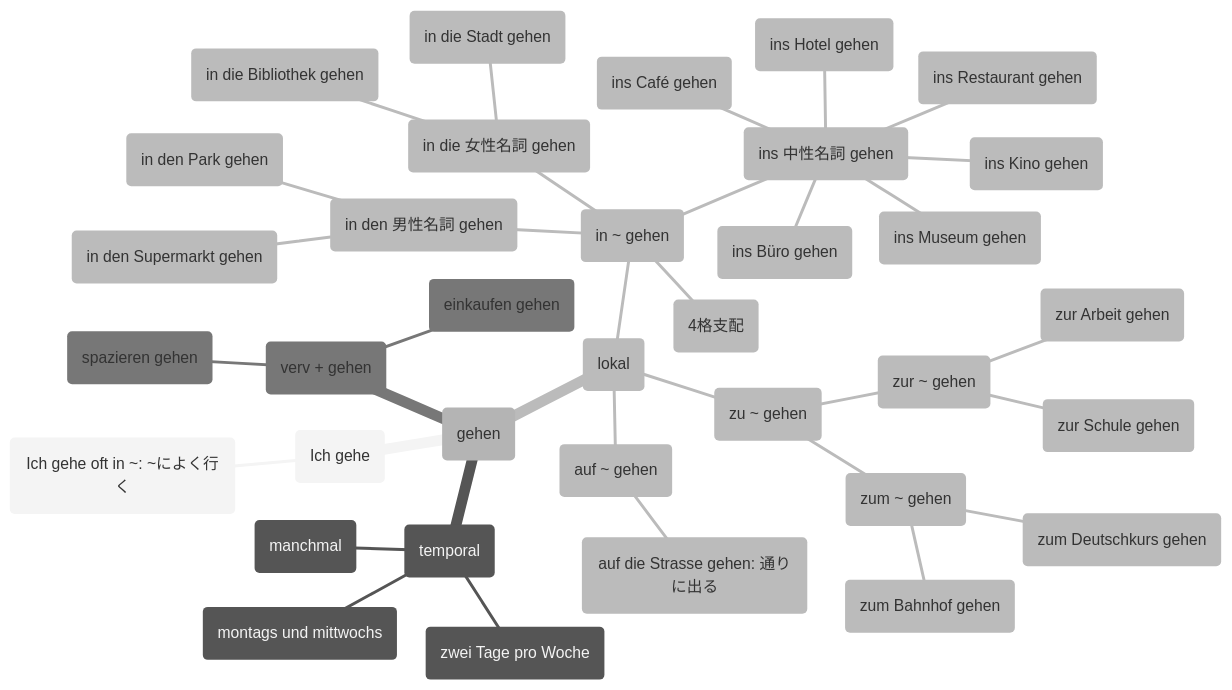
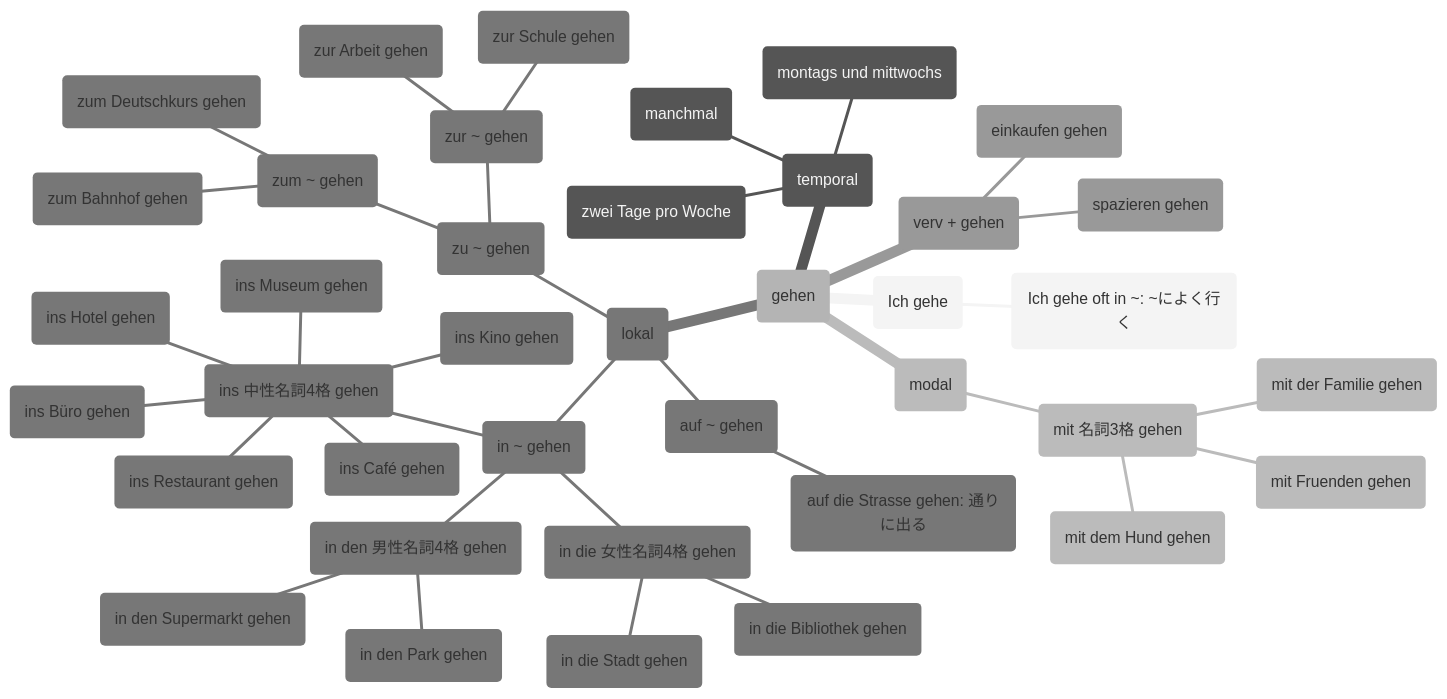
The diagram in Dutesch/Verb/gehen.md (hyonsoku/mindmap), drawn with Mermaid (neutral theme) before and after one commit.

````diff
--- a/Dutesch/Verb/gehen.md
+++ b/Dutesch/Verb/gehen.md
@@ -3,38 +3,42 @@
 ```mermaid
 mindmap
     root(gehen)
         (Ich gehe)
             (Ich gehe oft in ~: ~によく行く)
         (temporal)
             (manchmal)
             (zwei Tage pro Woche)
             (montags und mittwochs)
+        (modal)
+            (mit 名詞3格 gehen)
+                (mit Fruenden gehen)
+                (mit dem Hund gehen)
+                (mit der Familie gehen)
         (lokal)
             (in ~ gehen)
-                (4格支配)
-                (in den 男性名詞 gehen)
+                (in den 男性名詞4格 gehen)
                     (in den Supermarkt gehen)
                     (in den Park gehen)
-                (in die 女性名詞 gehen)
+                (in die 女性名詞4格 gehen)
                     (in die Bibliothek gehen)
                     (in die Stadt gehen)
-                (ins 中性名詞 gehen)
+                (ins 中性名詞4格 gehen)
                     (ins Kino gehen)
                     (ins Büro gehen)
                     (ins Museum gehen)
                     (ins Restaurant gehen)
                     (ins Café gehen)
                     (ins Hotel gehen)
             (zu ~ gehen)
                 (zur ~ gehen)
                     (zur Arbeit gehen)
                     (zur Schule gehen)
                 (zum ~ gehen)
                     (zum Deutschkurs gehen)
                     (zum Bahnhof gehen)
             (auf ~ gehen)
                     (auf die Strasse gehen: 通りに出る)
         (verv + gehen)
             (einkaufen gehen)
             (spazieren gehen)
 ```
````
